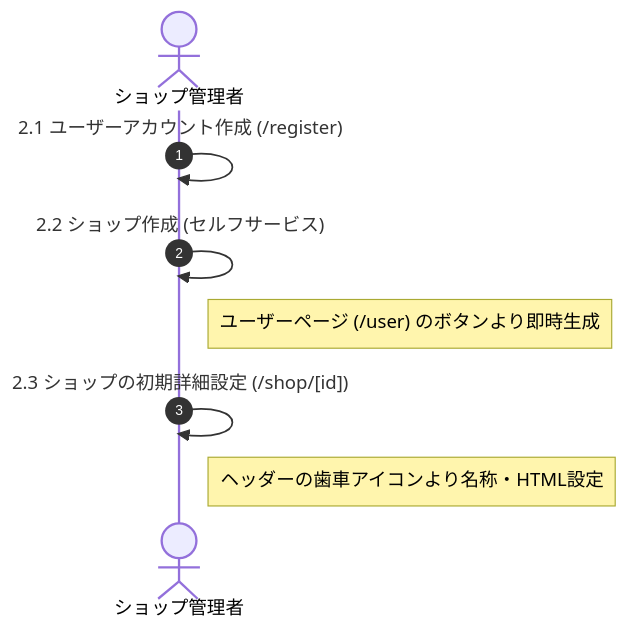
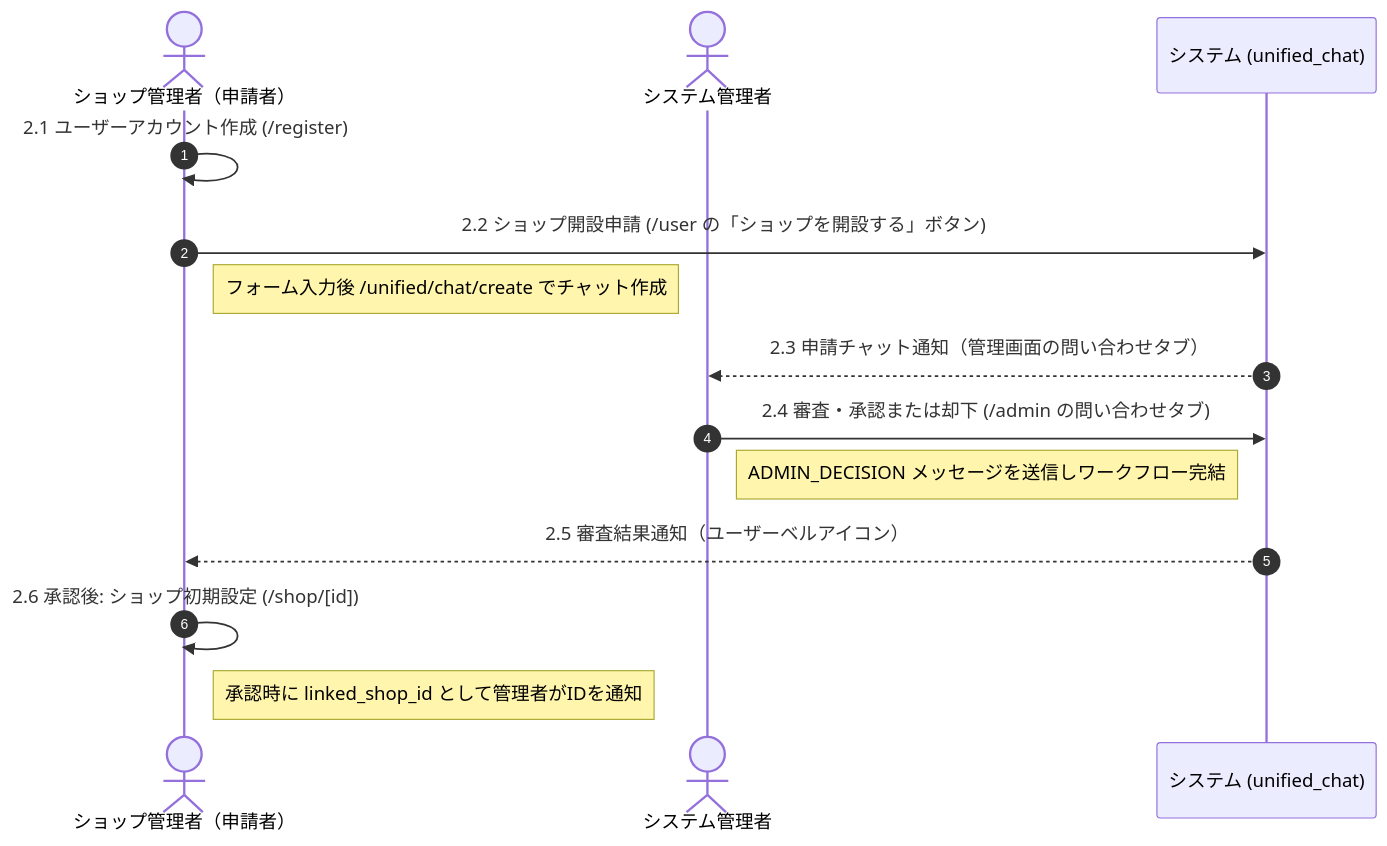
The third of 7 diagrams in documents/ATFIRST_OPERATION_FLOW.md (yudaiito9124-cyber/meishigawarini), drawn with Mermaid before and after one commit. The commit also changed other lines of this file and 31 other files, not shown here.

Commit message:
uniformed chat and shop openning ui update

````diff
--- a/documents/ATFIRST_OPERATION_FLOW.md
+++ b/documents/ATFIRST_OPERATION_FLOW.md
@@ -60,11 +68,17 @@
 ```mermaid
 sequenceDiagram
-    autonumber
-    actor SO as ショップ管理者
+  autonumber
+  actor SO as ショップ管理者（申請者）
+  actor SA as システム管理者
+  participant SYS as システム (unified_chat)
 
-    SO->>SO: 2.1 ユーザーアカウント作成 (/register)
-    SO->>SO: 2.2 ショップ作成 (セルフサービス)
-    Note right of SO: ユーザーページ (/user) のボタンより即時生成
-    SO->>SO: 2.3 ショップの初期詳細設定 (/shop/[id])
-    Note right of SO: ヘッダーの歯車アイコンより名称・HTML設定
+  SO->>SO: 2.1 ユーザーアカウント作成 (/register)
+  SO->>SYS: 2.2 ショップ開設申請 (/user の「ショップを開設する」ボタン)
+  Note right of SO: フォーム入力後 /unified/chat/create でチャット作成
+  SYS-->>SA: 2.3 申請チャット通知（管理画面の問い合わせタブ）
+  SA->>SYS: 2.4 審査・承認または却下 (/admin の問い合わせタブ)
+  Note right of SA: ADMIN_DECISION メッセージを送信しワークフロー完結
+  SYS-->>SO: 2.5 審査結果通知（ユーザーベルアイコン）
+  SO->>SO: 2.6 承認後: ショップ初期設定 (/shop/[id])
+  Note right of SO: 承認時に linked_shop_id として管理者がIDを通知
 ```
````
